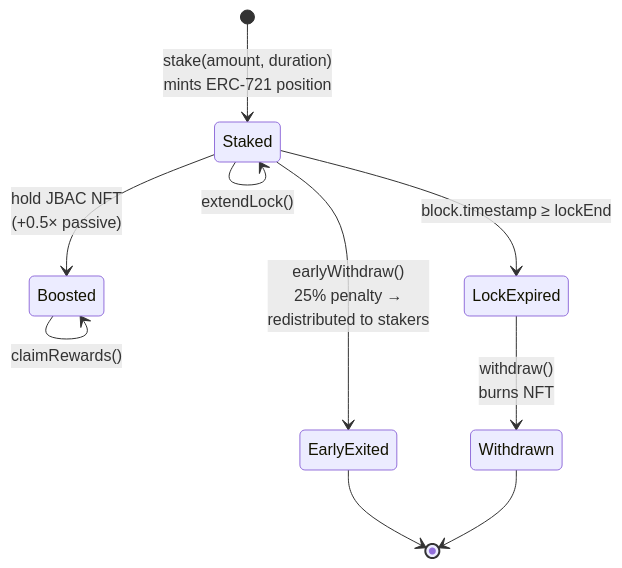
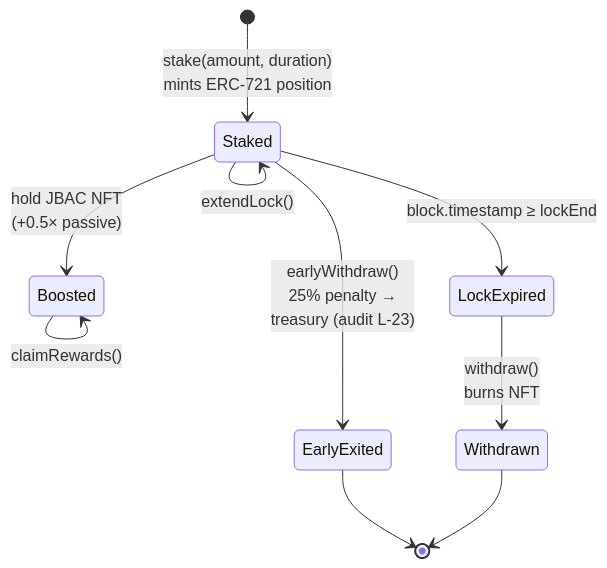
Before and after one commit to fomotsar-commits/tegridy-farms: the third of 8 diagrams in docs/ARCHITECTURE.md, drawn with Mermaid. The commit also changed other lines of this file and 21 other files, not shown here.

````diff
--- a/docs/ARCHITECTURE.md
+++ b/docs/ARCHITECTURE.md
@@ -120,14 +143,14 @@
 ```mermaid
 stateDiagram-v2
     [*] --> Staked : stake(amount, duration)<br/>mints ERC-721 position
     Staked --> Boosted : hold JBAC NFT<br/>(+0.5× passive)
     Staked --> LockExpired : block.timestamp ≥ lockEnd
-    Staked --> EarlyExited : earlyWithdraw()<br/>25% penalty →<br/>redistributed to stakers
+    Staked --> EarlyExited : earlyWithdraw()<br/>25% penalty →<br/>treasury (audit L-23)
     LockExpired --> Withdrawn : withdraw()<br/>burns NFT
     EarlyExited --> [*]
     Withdrawn --> [*]
 
     Staked --> Staked : claimRewards()
     Staked --> Staked : extendLock()
     Boosted --> Boosted : claimRewards()
 ```
````
